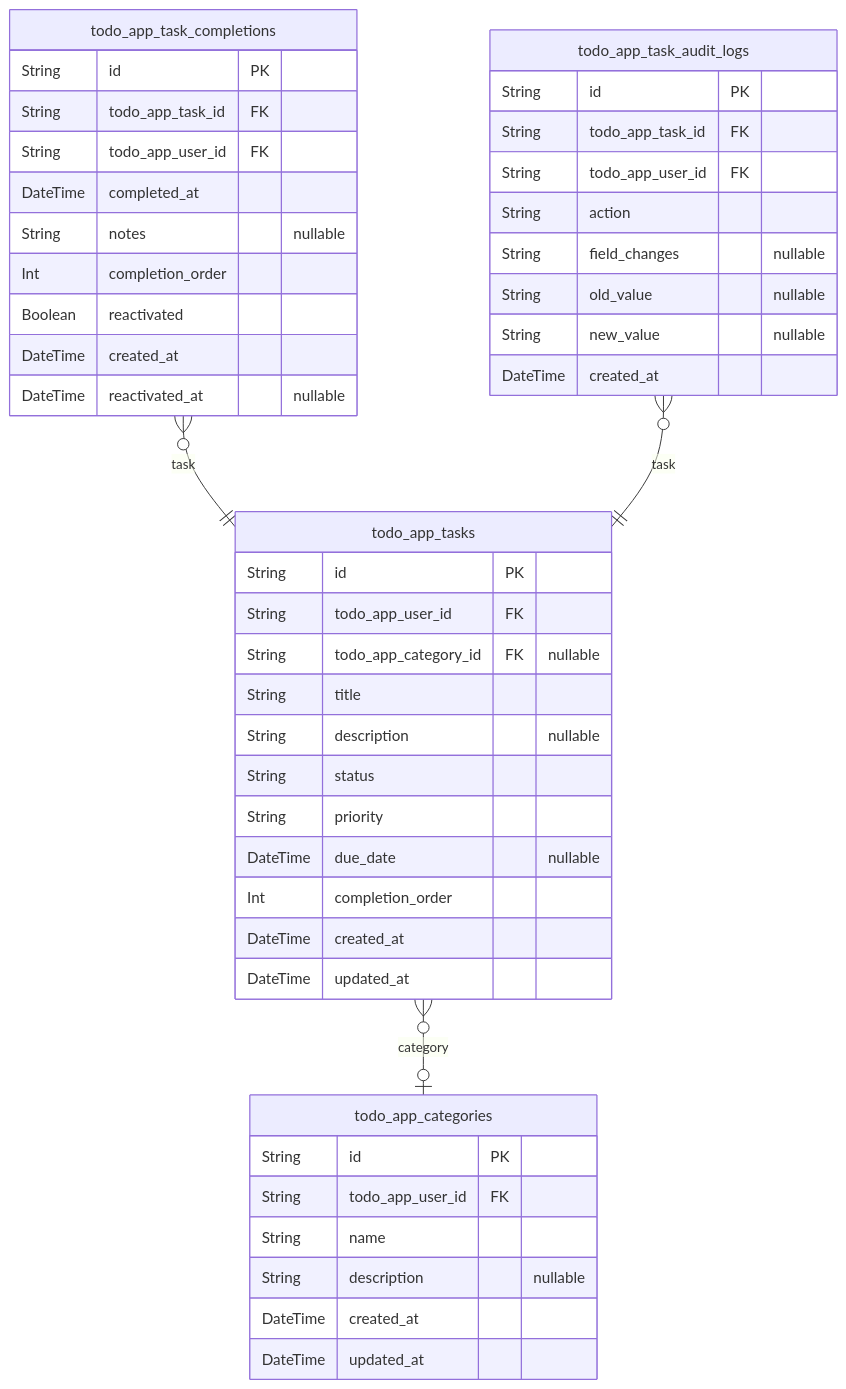
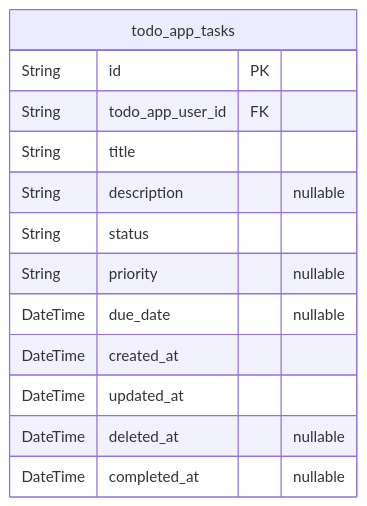
Before and after one commit to wrtnlabs/autobe-examples: the third of 3 diagrams in moonshotai/kimi-k2-0905-exacto/todo/docs/ERD.md, drawn with Mermaid. The commit also changed other lines of this file and 8017 other files, not shown here.

````diff
--- a/moonshotai/kimi-k2-0905-exacto/todo/docs/ERD.md
+++ b/moonshotai/kimi-k2-0905-exacto/todo/docs/ERD.md
@@ -455,48 +122,16 @@
 ```mermaid
 erDiagram
 "todo_app_tasks" {
   String id PK
   String todo_app_user_id FK
-  String todo_app_category_id FK "nullable"
   String title
   String description "nullable"
   String status
-  String priority
+  String priority "nullable"
   DateTime due_date "nullable"
-  Int completion_order
   DateTime created_at
   DateTime updated_at
+  DateTime deleted_at "nullable"
+  DateTime completed_at "nullable"
 }
-"todo_app_categories" {
-  String id PK
-  String todo_app_user_id FK
-  String name
-  String description "nullable"
-  DateTime created_at
-  DateTime updated_at
-}
-"todo_app_task_completions" {
-  String id PK
-  String todo_app_task_id FK
-  String todo_app_user_id FK
-  DateTime completed_at
-  String notes "nullable"
-  Int completion_order
-  Boolean reactivated
-  DateTime created_at
-  DateTime reactivated_at "nullable"
-}
-"todo_app_task_audit_logs" {
-  String id PK
-  String todo_app_task_id FK
-  String todo_app_user_id FK
-  String action
-  String field_changes "nullable"
-  String old_value "nullable"
-  String new_value "nullable"
-  DateTime created_at
-}
-"todo_app_tasks" }o--o| "todo_app_categories" : category
-"todo_app_task_completions" }o--|| "todo_app_tasks" : task
-"todo_app_task_audit_logs" }o--|| "todo_app_tasks" : task
 ```
````
